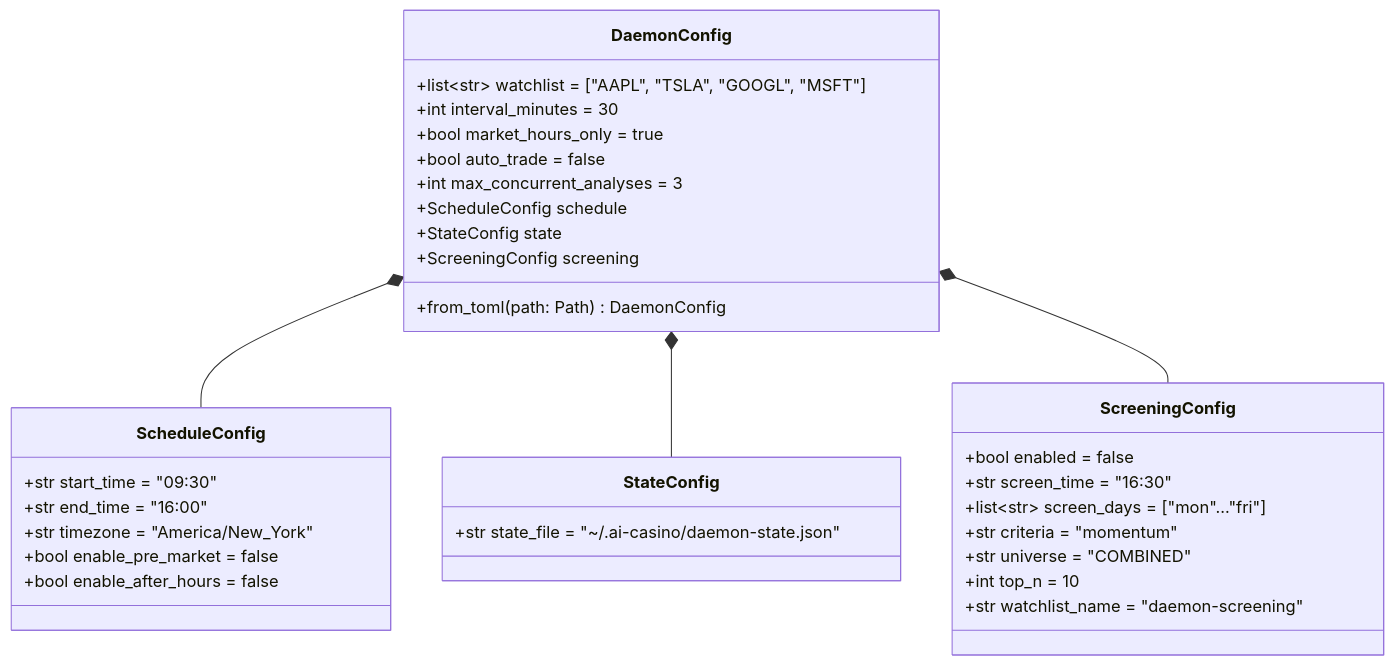
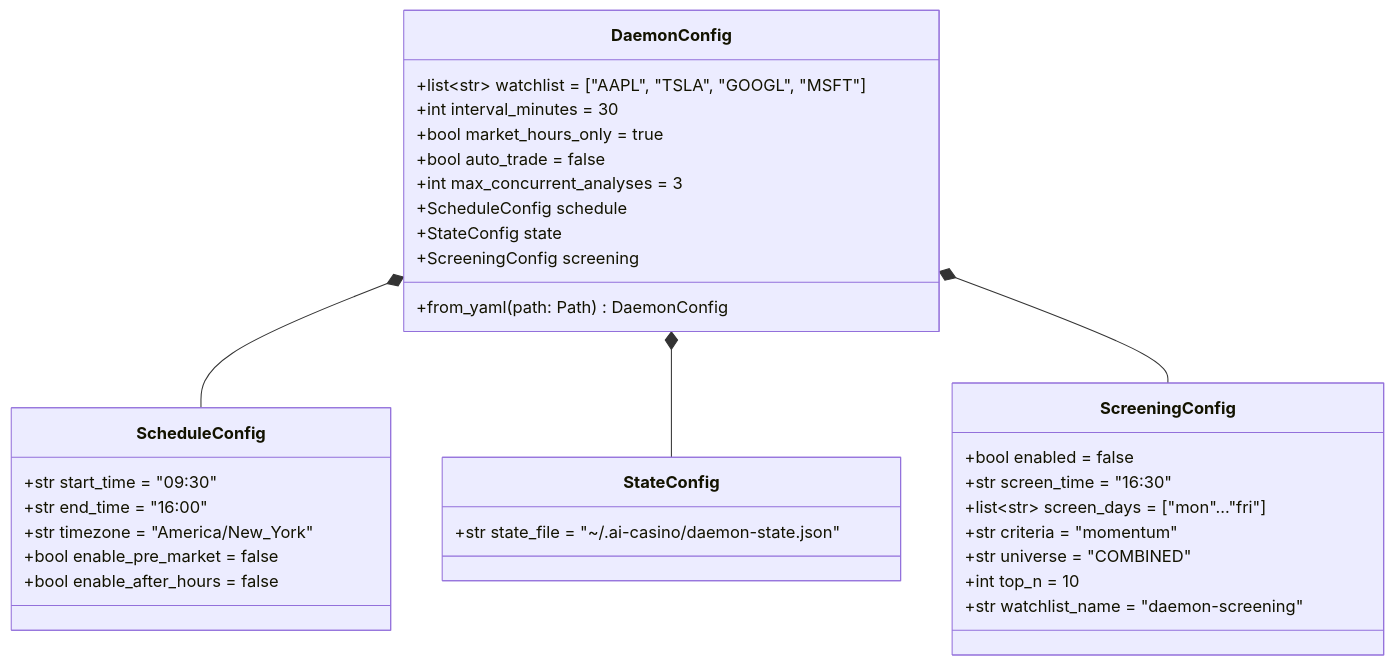
The first of 3 diagrams in docs/daemon-operations.md (Automaat/ai-casino), drawn with Mermaid before and after one commit. The commit also changed other lines of this file and 18 other files, not shown here.

First line of the commit message:
chore: convert daemon config from TOML to YAML (#256)

````diff
--- a/docs/daemon-operations.md
+++ b/docs/daemon-operations.md
@@ -25,40 +25,40 @@
 ```mermaid
 classDiagram
     class DaemonConfig {
         +list~str~ watchlist = ["AAPL", "TSLA", "GOOGL", "MSFT"]
         +int interval_minutes = 30
         +bool market_hours_only = true
         +bool auto_trade = false
         +int max_concurrent_analyses = 3
         +ScheduleConfig schedule
         +StateConfig state
         +ScreeningConfig screening
-        +from_toml(path: Path) DaemonConfig
+        +from_yaml(path: Path) DaemonConfig
     }
 
     class ScheduleConfig {
         +str start_time = "09:30"
         +str end_time = "16:00"
         +str timezone = "America/New_York"
         +bool enable_pre_market = false
         +bool enable_after_hours = false
     }
 
     class StateConfig {
         +str state_file = "~/.ai-casino/daemon-state.json"
     }
 
     class ScreeningConfig {
         +bool enabled = false
         +str screen_time = "16:30"
         +list~str~ screen_days = ["mon"..."fri"]
         +str criteria = "momentum"
         +str universe = "COMBINED"
         +int top_n = 10
         +str watchlist_name = "daemon-screening"
     }
 
     DaemonConfig *-- ScheduleConfig
     DaemonConfig *-- StateConfig
     DaemonConfig *-- ScreeningConfig
 ```
````
